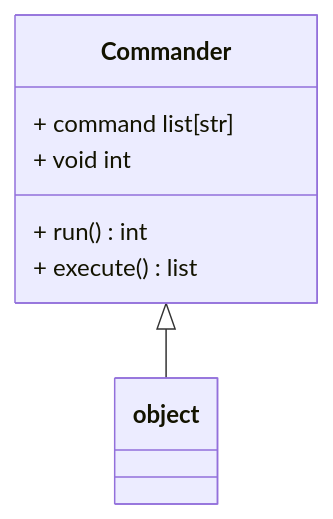
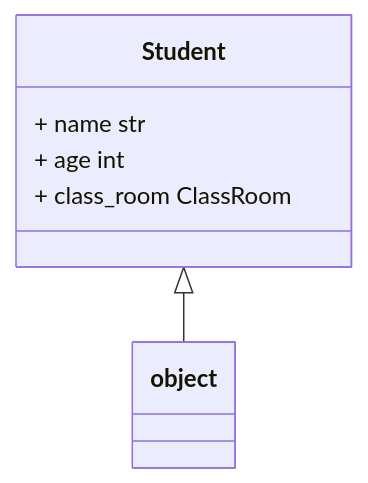
One commit to kesler20/draw-uml-backend changed the first of 2 diagrams in output/design_doc.md. Above: the diagram before and after it, drawn with Mermaid. The commit also changed other lines of this file and 29 other files, not shown here.

````diff
--- a/output/design_doc.md
+++ b/output/design_doc.md
@@ -3,8 +3,7 @@
 ```mermaid
 classDiagram
-   Commander <|-- object
-   Commander : + command list[str]
-   Commander : + void int
-   Commander : + run() int
-   Commander : + execute() list
+   Student <|-- object
+   Student : + name str
+   Student : + age int
+   Student : + class_room ClassRoom
 ```
````
